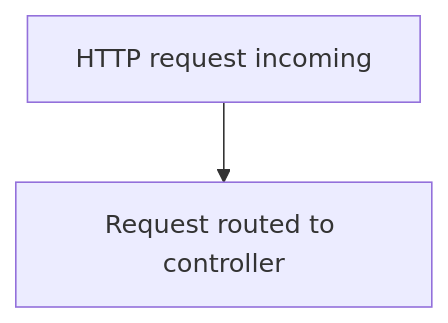
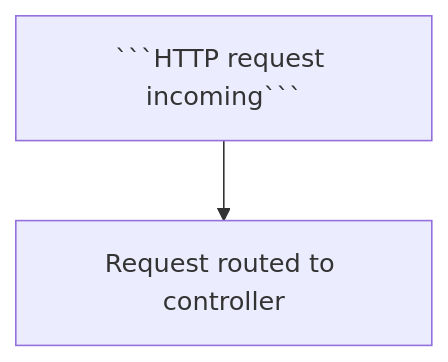
The diagram in nestjs/NestJs.MD (albin-joseph/myjslearnings), drawn with Mermaid before and after one commit.

Commit message:
add flowdiagram

````diff
--- a/nestjs/NestJs.MD
+++ b/nestjs/NestJs.MD
@@ -122,6 +122,6 @@
   ```mermaid
     flowchart TD;
-        step1[" HTTP request incoming "]
+        step1[" ```HTTP request incoming``` "]
         step2["Request routed to controller"]
         step1 --> step2
     ```
````
